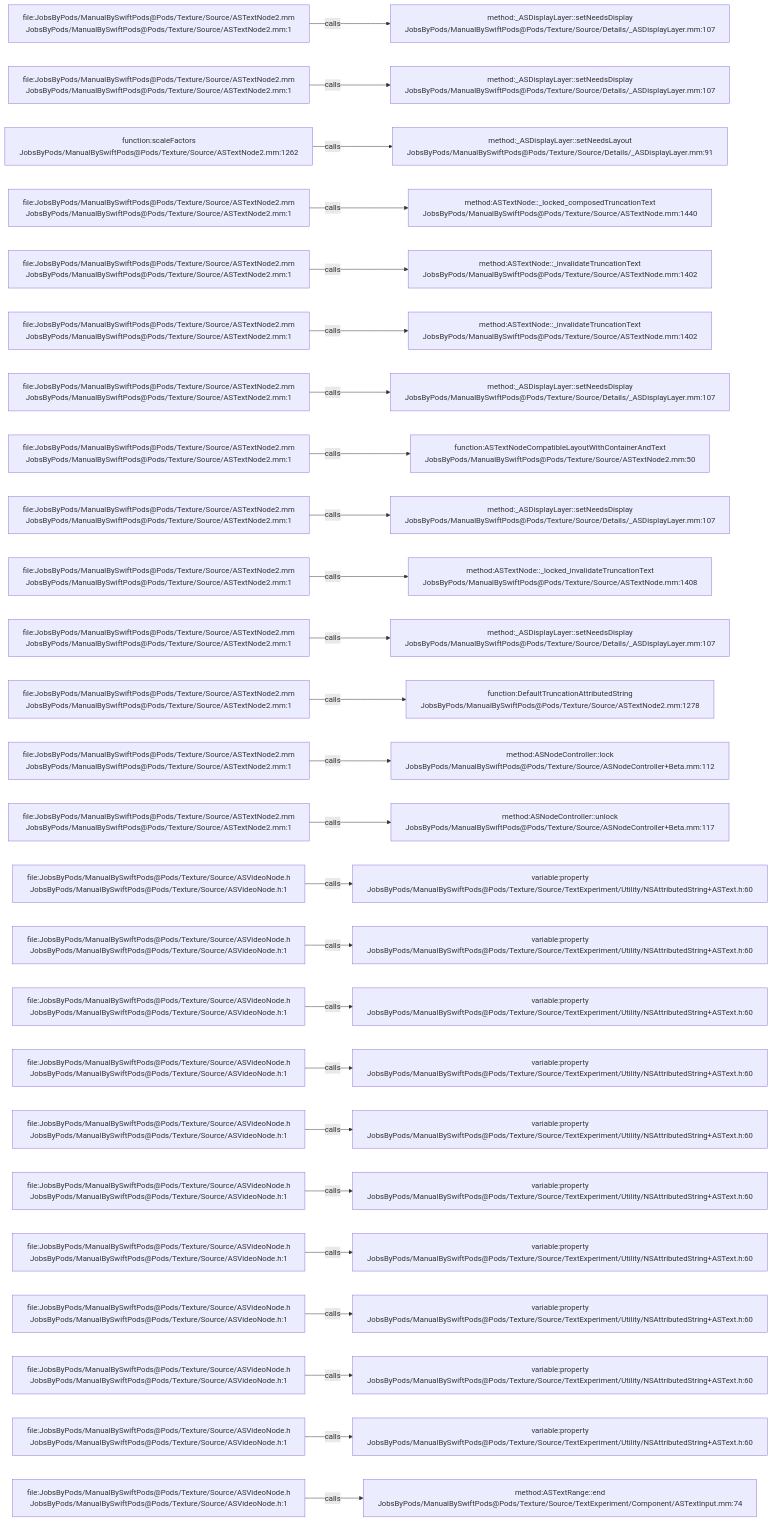
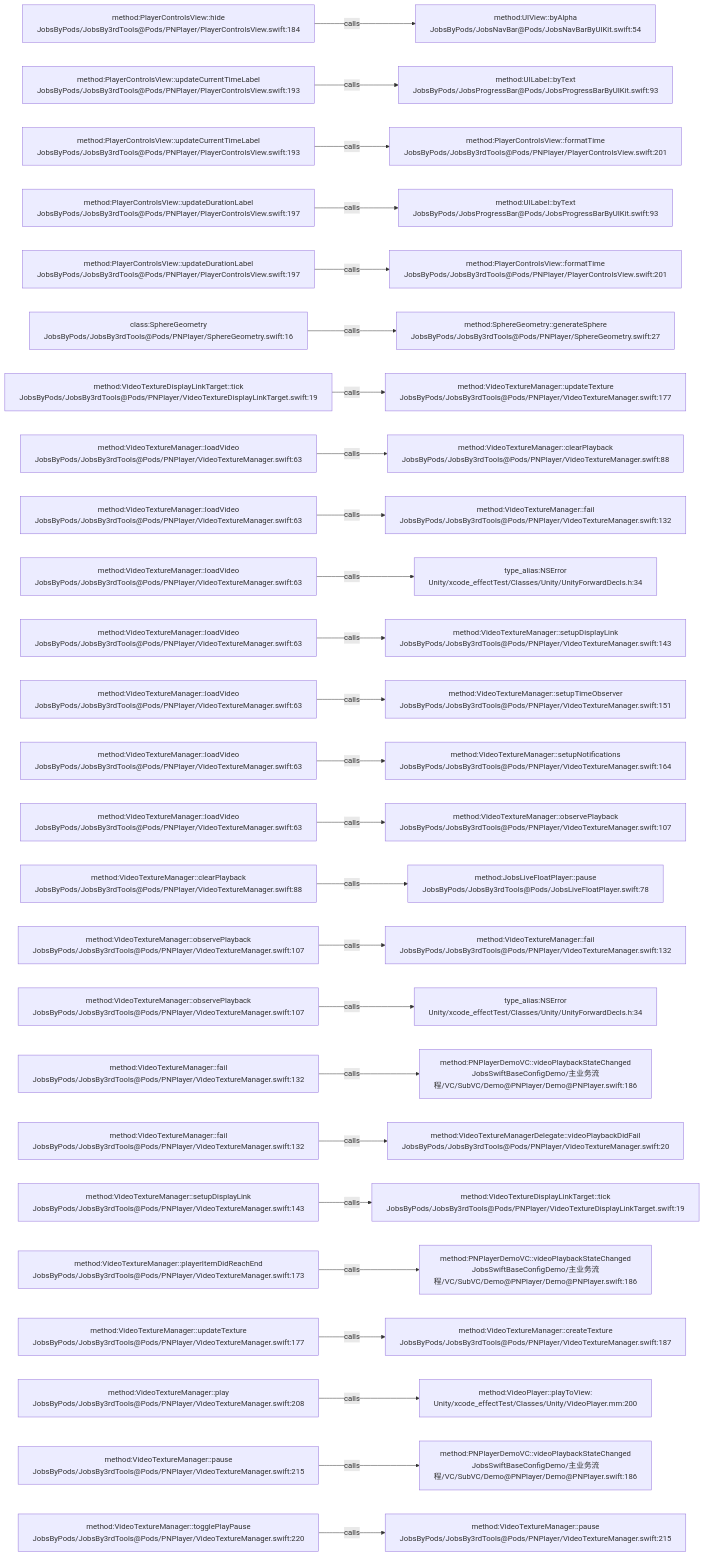
Before and after one commit to JobsKits/JobsSwiftBaseConfigDemo: the diagram in .codegraph/codegraph.md/graphs/calls-073.md, drawn with Mermaid. The commit also changed 224 other files, not shown here.

````diff
--- a/.codegraph/codegraph.md/graphs/calls-073.md
+++ b/.codegraph/codegraph.md/graphs/calls-073.md
@@ -13,78 +13,78 @@
 ```mermaid
 flowchart LR
-  S1["file:JobsByPods/ManualBySwiftPods@Pods/Texture/Source/ASTextNode2.mm<br/>JobsByPods/ManualBySwiftPods@Pods/Texture/Source/ASTextNode2.mm:1"]
-  T1["method:_ASDisplayLayer::setNeedsDisplay<br/>JobsByPods/ManualBySwiftPods@Pods/Texture/Source/Details/_ASDisplayLayer.mm:107"]
+  S1["method:PlayerControlsView::hide<br/>JobsByPods/JobsBy3rdTools@Pods/PNPlayer/PlayerControlsView.swift:184"]
+  T1["method:UIView::byAlpha<br/>JobsByPods/JobsNavBar@Pods/JobsNavBarByUIKit.swift:54"]
   S1 -->|calls| T1
-  S2["file:JobsByPods/ManualBySwiftPods@Pods/Texture/Source/ASTextNode2.mm<br/>JobsByPods/ManualBySwiftPods@Pods/Texture/Source/ASTextNode2.mm:1"]
-  T2["method:_ASDisplayLayer::setNeedsDisplay<br/>JobsByPods/ManualBySwiftPods@Pods/Texture/Source/Details/_ASDisplayLayer.mm:107"]
+  S2["method:PlayerControlsView::updateCurrentTimeLabel<br/>JobsByPods/JobsBy3rdTools@Pods/PNPlayer/PlayerControlsView.swift:193"]
+  T2["method:UILabel::byText<br/>JobsByPods/JobsProgressBar@Pods/JobsProgressBarByUIKit.swift:93"]
   S2 -->|calls| T2
-  S3["function:scaleFactors<br/>JobsByPods/ManualBySwiftPods@Pods/Texture/Source/ASTextNode2.mm:1262"]
-  T3["method:_ASDisplayLayer::setNeedsLayout<br/>JobsByPods/ManualBySwiftPods@Pods/Texture/Source/Details/_ASDisplayLayer.mm:91"]
+  S3["method:PlayerControlsView::updateCurrentTimeLabel<br/>JobsByPods/JobsBy3rdTools@Pods/PNPlayer/PlayerControlsView.swift:193"]
+  T3["method:PlayerControlsView::formatTime<br/>JobsByPods/JobsBy3rdTools@Pods/PNPlayer/PlayerControlsView.swift:201"]
   S3 -->|calls| T3
-  S4["file:JobsByPods/ManualBySwiftPods@Pods/Texture/Source/ASTextNode2.mm<br/>JobsByPods/ManualBySwiftPods@Pods/Texture/Source/ASTextNode2.mm:1"]
-  T4["method:ASTextNode::_locked_composedTruncationText<br/>JobsByPods/ManualBySwiftPods@Pods/Texture/Source/ASTextNode.mm:1440"]
+  S4["method:PlayerControlsView::updateDurationLabel<br/>JobsByPods/JobsBy3rdTools@Pods/PNPlayer/PlayerControlsView.swift:197"]
+  T4["method:UILabel::byText<br/>JobsByPods/JobsProgressBar@Pods/JobsProgressBarByUIKit.swift:93"]
   S4 -->|calls| T4
-  S5["file:JobsByPods/ManualBySwiftPods@Pods/Texture/Source/ASTextNode2.mm<br/>JobsByPods/ManualBySwiftPods@Pods/Texture/Source/ASTextNode2.mm:1"]
-  T5["method:ASTextNode::_invalidateTruncationText<br/>JobsByPods/ManualBySwiftPods@Pods/Texture/Source/ASTextNode.mm:1402"]
+  S5["method:PlayerControlsView::updateDurationLabel<br/>JobsByPods/JobsBy3rdTools@Pods/PNPlayer/PlayerControlsView.swift:197"]
+  T5["method:PlayerControlsView::formatTime<br/>JobsByPods/JobsBy3rdTools@Pods/PNPlayer/PlayerControlsView.swift:201"]
   S5 -->|calls| T5
-  S6["file:JobsByPods/ManualBySwiftPods@Pods/Texture/Source/ASTextNode2.mm<br/>JobsByPods/ManualBySwiftPods@Pods/Texture/Source/ASTextNode2.mm:1"]
-  T6["method:ASTextNode::_invalidateTruncationText<br/>JobsByPods/ManualBySwiftPods@Pods/Texture/Source/ASTextNode.mm:1402"]
+  S6["class:SphereGeometry<br/>JobsByPods/JobsBy3rdTools@Pods/PNPlayer/SphereGeometry.swift:16"]
+  T6["method:SphereGeometry::generateSphere<br/>JobsByPods/JobsBy3rdTools@Pods/PNPlayer/SphereGeometry.swift:27"]
   S6 -->|calls| T6
-  S7["file:JobsByPods/ManualBySwiftPods@Pods/Texture/Source/ASTextNode2.mm<br/>JobsByPods/ManualBySwiftPods@Pods/Texture/Source/ASTextNode2.mm:1"]
-  T7["method:_ASDisplayLayer::setNeedsDisplay<br/>JobsByPods/ManualBySwiftPods@Pods/Texture/Source/Details/_ASDisplayLayer.mm:107"]
+  S7["method:VideoTextureDisplayLinkTarget::tick<br/>JobsByPods/JobsBy3rdTools@Pods/PNPlayer/VideoTextureDisplayLinkTarget.swift:19"]
+  T7["method:VideoTextureManager::updateTexture<br/>JobsByPods/JobsBy3rdTools@Pods/PNPlayer/VideoTextureManager.swift:177"]
   S7 -->|calls| T7
-  S8["file:JobsByPods/ManualBySwiftPods@Pods/Texture/Source/ASTextNode2.mm<br/>JobsByPods/ManualBySwiftPods@Pods/Texture/Source/ASTextNode2.mm:1"]
-  T8["function:ASTextNodeCompatibleLayoutWithContainerAndText<br/>JobsByPods/ManualBySwiftPods@Pods/Texture/Source/ASTextNode2.mm:50"]
+  S8["method:VideoTextureManager::loadVideo<br/>JobsByPods/JobsBy3rdTools@Pods/PNPlayer/VideoTextureManager.swift:63"]
+  T8["method:VideoTextureManager::clearPlayback<br/>JobsByPods/JobsBy3rdTools@Pods/PNPlayer/VideoTextureManager.swift:88"]
   S8 -->|calls| T8
-  S9["file:JobsByPods/ManualBySwiftPods@Pods/Texture/Source/ASTextNode2.mm<br/>JobsByPods/ManualBySwiftPods@Pods/Texture/Source/ASTextNode2.mm:1"]
-  T9["method:_ASDisplayLayer::setNeedsDisplay<br/>JobsByPods/ManualBySwiftPods@Pods/Texture/Source/Details/_ASDisplayLayer.mm:107"]
+  S9["method:VideoTextureManager::loadVideo<br/>JobsByPods/JobsBy3rdTools@Pods/PNPlayer/VideoTextureManager.swift:63"]
+  T9["method:VideoTextureManager::fail<br/>JobsByPods/JobsBy3rdTools@Pods/PNPlayer/VideoTextureManager.swift:132"]
   S9 -->|calls| T9
-  S10["file:JobsByPods/ManualBySwiftPods@Pods/Texture/Source/ASTextNode2.mm<br/>JobsByPods/ManualBySwiftPods@Pods/Texture/Source/ASTextNode2.mm:1"]
-  T10["method:ASTextNode::_locked_invalidateTruncationText<br/>JobsByPods/ManualBySwiftPods@Pods/Texture/Source/ASTextNode.mm:1408"]
+  S10["method:VideoTextureManager::loadVideo<br/>JobsByPods/JobsBy3rdTools@Pods/PNPlayer/VideoTextureManager.swift:63"]
+  T10["type_alias:NSError<br/>Unity/xcode_effectTest/Classes/Unity/UnityForwardDecls.h:34"]
   S10 -->|calls| T10
-  S11["file:JobsByPods/ManualBySwiftPods@Pods/Texture/Source/ASTextNode2.mm<br/>JobsByPods/ManualBySwiftPods@Pods/Texture/Source/ASTextNode2.mm:1"]
-  T11["method:_ASDisplayLayer::setNeedsDisplay<br/>JobsByPods/ManualBySwiftPods@Pods/Texture/Source/Details/_ASDisplayLayer.mm:107"]
+  S11["method:VideoTextureManager::loadVideo<br/>JobsByPods/JobsBy3rdTools@Pods/PNPlayer/VideoTextureManager.swift:63"]
+  T11["method:VideoTextureManager::setupDisplayLink<br/>JobsByPods/JobsBy3rdTools@Pods/PNPlayer/VideoTextureManager.swift:143"]
   S11 -->|calls| T11
-  S12["file:JobsByPods/ManualBySwiftPods@Pods/Texture/Source/ASTextNode2.mm<br/>JobsByPods/ManualBySwiftPods@Pods/Texture/Source/ASTextNode2.mm:1"]
-  T12["function:DefaultTruncationAttributedString<br/>JobsByPods/ManualBySwiftPods@Pods/Texture/Source/ASTextNode2.mm:1278"]
+  S12["method:VideoTextureManager::loadVideo<br/>JobsByPods/JobsBy3rdTools@Pods/PNPlayer/VideoTextureManager.swift:63"]
+  T12["method:VideoTextureManager::setupTimeObserver<br/>JobsByPods/JobsBy3rdTools@Pods/PNPlayer/VideoTextureManager.swift:151"]
   S12 -->|calls| T12
-  S13["file:JobsByPods/ManualBySwiftPods@Pods/Texture/Source/ASTextNode2.mm<br/>JobsByPods/ManualBySwiftPods@Pods/Texture/Source/ASTextNode2.mm:1"]
-  T13["method:ASNodeController::lock<br/>JobsByPods/ManualBySwiftPods@Pods/Texture/Source/ASNodeController+Beta.mm:112"]
+  S13["method:VideoTextureManager::loadVideo<br/>JobsByPods/JobsBy3rdTools@Pods/PNPlayer/VideoTextureManager.swift:63"]
+  T13["method:VideoTextureManager::setupNotifications<br/>JobsByPods/JobsBy3rdTools@Pods/PNPlayer/VideoTextureManager.swift:164"]
   S13 -->|calls| T13
-  S14["file:JobsByPods/ManualBySwiftPods@Pods/Texture/Source/ASTextNode2.mm<br/>JobsByPods/ManualBySwiftPods@Pods/Texture/Source/ASTextNode2.mm:1"]
-  T14["method:ASNodeController::unlock<br/>JobsByPods/ManualBySwiftPods@Pods/Texture/Source/ASNodeController+Beta.mm:117"]
+  S14["method:VideoTextureManager::loadVideo<br/>JobsByPods/JobsBy3rdTools@Pods/PNPlayer/VideoTextureManager.swift:63"]
+  T14["method:VideoTextureManager::observePlayback<br/>JobsByPods/JobsBy3rdTools@Pods/PNPlayer/VideoTextureManager.swift:107"]
   S14 -->|calls| T14
-  S15["file:JobsByPods/ManualBySwiftPods@Pods/Texture/Source/ASVideoNode.h<br/>JobsByPods/ManualBySwiftPods@Pods/Texture/Source/ASVideoNode.h:1"]
-  T15["variable:property<br/>JobsByPods/ManualBySwiftPods@Pods/Texture/Source/TextExperiment/Utility/NSAttributedString+ASText.h:60"]
+  S15["method:VideoTextureManager::clearPlayback<br/>JobsByPods/JobsBy3rdTools@Pods/PNPlayer/VideoTextureManager.swift:88"]
+  T15["method:JobsLiveFloatPlayer::pause<br/>JobsByPods/JobsBy3rdTools@Pods/JobsLiveFloatPlayer.swift:78"]
   S15 -->|calls| T15
-  S16["file:JobsByPods/ManualBySwiftPods@Pods/Texture/Source/ASVideoNode.h<br/>JobsByPods/ManualBySwiftPods@Pods/Texture/Source/ASVideoNode.h:1"]
-  T16["variable:property<br/>JobsByPods/ManualBySwiftPods@Pods/Texture/Source/TextExperiment/Utility/NSAttributedString+ASText.h:60"]
+  S16["method:VideoTextureManager::observePlayback<br/>JobsByPods/JobsBy3rdTools@Pods/PNPlayer/VideoTextureManager.swift:107"]
+  T16["method:VideoTextureManager::fail<br/>JobsByPods/JobsBy3rdTools@Pods/PNPlayer/VideoTextureManager.swift:132"]
   S16 -->|calls| T16
-  S17["file:JobsByPods/ManualBySwiftPods@Pods/Texture/Source/ASVideoNode.h<br/>JobsByPods/ManualBySwiftPods@Pods/Texture/Source/ASVideoNode.h:1"]
-  T17["variable:property<br/>JobsByPods/ManualBySwiftPods@Pods/Texture/Source/TextExperiment/Utility/NSAttributedString+ASText.h:60"]
+  S17["method:VideoTextureManager::observePlayback<br/>JobsByPods/JobsBy3rdTools@Pods/PNPlayer/VideoTextureManager.swift:107"]
+  T17["type_alias:NSError<br/>Unity/xcode_effectTest/Classes/Unity/UnityForwardDecls.h:34"]
   S17 -->|calls| T17
-  S18["file:JobsByPods/ManualBySwiftPods@Pods/Texture/Source/ASVideoNode.h<br/>JobsByPods/ManualBySwiftPods@Pods/Texture/Source/ASVideoNode.h:1"]
-  T18["variable:property<br/>JobsByPods/ManualBySwiftPods@Pods/Texture/Source/TextExperiment/Utility/NSAttributedString+ASText.h:60"]
+  S18["method:VideoTextureManager::fail<br/>JobsByPods/JobsBy3rdTools@Pods/PNPlayer/VideoTextureManager.swift:132"]
+  T18["method:PNPlayerDemoVC::videoPlaybackStateChanged<br/>JobsSwiftBaseConfigDemo/主业务流程/VC/SubVC/Demo@PNPlayer/Demo@PNPlayer.swift:186"]
   S18 -->|calls| T18
-  S19["file:JobsByPods/ManualBySwiftPods@Pods/Texture/Source/ASVideoNode.h<br/>JobsByPods/ManualBySwiftPods@Pods/Texture/Source/ASVideoNode.h:1"]
-  T19["variable:property<br/>JobsByPods/ManualBySwiftPods@Pods/Texture/Source/TextExperiment/Utility/NSAttributedString+ASText.h:60"]
+  S19["method:VideoTextureManager::fail<br/>JobsByPods/JobsBy3rdTools@Pods/PNPlayer/VideoTextureManager.swift:132"]
+  T19["method:VideoTextureManagerDelegate::videoPlaybackDidFail<br/>JobsByPods/JobsBy3rdTools@Pods/PNPlayer/VideoTextureManager.swift:20"]
   S19 -->|calls| T19
-  S20["file:JobsByPods/ManualBySwiftPods@Pods/Texture/Source/ASVideoNode.h<br/>JobsByPods/ManualBySwiftPods@Pods/Texture/Source/ASVideoNode.h:1"]
-  T20["variable:property<br/>JobsByPods/ManualBySwiftPods@Pods/Texture/Source/TextExperiment/Utility/NSAttributedString+ASText.h:60"]
+  S20["method:VideoTextureManager::setupDisplayLink<br/>JobsByPods/JobsBy3rdTools@Pods/PNPlayer/VideoTextureManager.swift:143"]
+  T20["method:VideoTextureDisplayLinkTarget::tick<br/>JobsByPods/JobsBy3rdTools@Pods/PNPlayer/VideoTextureDisplayLinkTarget.swift:19"]
   S20 -->|calls| T20
-  S21["file:JobsByPods/ManualBySwiftPods@Pods/Texture/Source/ASVideoNode.h<br/>JobsByPods/ManualBySwiftPods@Pods/Texture/Source/ASVideoNode.h:1"]
-  T21["variable:property<br/>JobsByPods/ManualBySwiftPods@Pods/Texture/Source/TextExperiment/Utility/NSAttributedString+ASText.h:60"]
+  S21["method:VideoTextureManager::playerItemDidReachEnd<br/>JobsByPods/JobsBy3rdTools@Pods/PNPlayer/VideoTextureManager.swift:173"]
+  T21["method:PNPlayerDemoVC::videoPlaybackStateChanged<br/>JobsSwiftBaseConfigDemo/主业务流程/VC/SubVC/Demo@PNPlayer/Demo@PNPlayer.swift:186"]
   S21 -->|calls| T21
-  S22["file:JobsByPods/ManualBySwiftPods@Pods/Texture/Source/ASVideoNode.h<br/>JobsByPods/ManualBySwiftPods@Pods/Texture/Source/ASVideoNode.h:1"]
-  T22["variable:property<br/>JobsByPods/ManualBySwiftPods@Pods/Texture/Source/TextExperiment/Utility/NSAttributedString+ASText.h:60"]
+  S22["method:VideoTextureManager::updateTexture<br/>JobsByPods/JobsBy3rdTools@Pods/PNPlayer/VideoTextureManager.swift:177"]
+  T22["method:VideoTextureManager::createTexture<br/>JobsByPods/JobsBy3rdTools@Pods/PNPlayer/VideoTextureManager.swift:187"]
   S22 -->|calls| T22
-  S23["file:JobsByPods/ManualBySwiftPods@Pods/Texture/Source/ASVideoNode.h<br/>JobsByPods/ManualBySwiftPods@Pods/Texture/Source/ASVideoNode.h:1"]
-  T23["variable:property<br/>JobsByPods/ManualBySwiftPods@Pods/Texture/Source/TextExperiment/Utility/NSAttributedString+ASText.h:60"]
+  S23["method:VideoTextureManager::play<br/>JobsByPods/JobsBy3rdTools@Pods/PNPlayer/VideoTextureManager.swift:208"]
+  T23["method:VideoPlayer::playToView:<br/>Unity/xcode_effectTest/Classes/Unity/VideoPlayer.mm:200"]
   S23 -->|calls| T23
-  S24["file:JobsByPods/ManualBySwiftPods@Pods/Texture/Source/ASVideoNode.h<br/>JobsByPods/ManualBySwiftPods@Pods/Texture/Source/ASVideoNode.h:1"]
-  T24["variable:property<br/>JobsByPods/ManualBySwiftPods@Pods/Texture/Source/TextExperiment/Utility/NSAttributedString+ASText.h:60"]
+  S24["method:VideoTextureManager::pause<br/>JobsByPods/JobsBy3rdTools@Pods/PNPlayer/VideoTextureManager.swift:215"]
+  T24["method:PNPlayerDemoVC::videoPlaybackStateChanged<br/>JobsSwiftBaseConfigDemo/主业务流程/VC/SubVC/Demo@PNPlayer/Demo@PNPlayer.swift:186"]
   S24 -->|calls| T24
-  S25["file:JobsByPods/ManualBySwiftPods@Pods/Texture/Source/ASVideoNode.h<br/>JobsByPods/ManualBySwiftPods@Pods/Texture/Source/ASVideoNode.h:1"]
-  T25["method:ASTextRange::end<br/>JobsByPods/ManualBySwiftPods@Pods/Texture/Source/TextExperiment/Component/ASTextInput.mm:74"]
+  S25["method:VideoTextureManager::togglePlayPause<br/>JobsByPods/JobsBy3rdTools@Pods/PNPlayer/VideoTextureManager.swift:220"]
+  T25["method:VideoTextureManager::pause<br/>JobsByPods/JobsBy3rdTools@Pods/PNPlayer/VideoTextureManager.swift:215"]
   S25 -->|calls| T25
 ```
````
